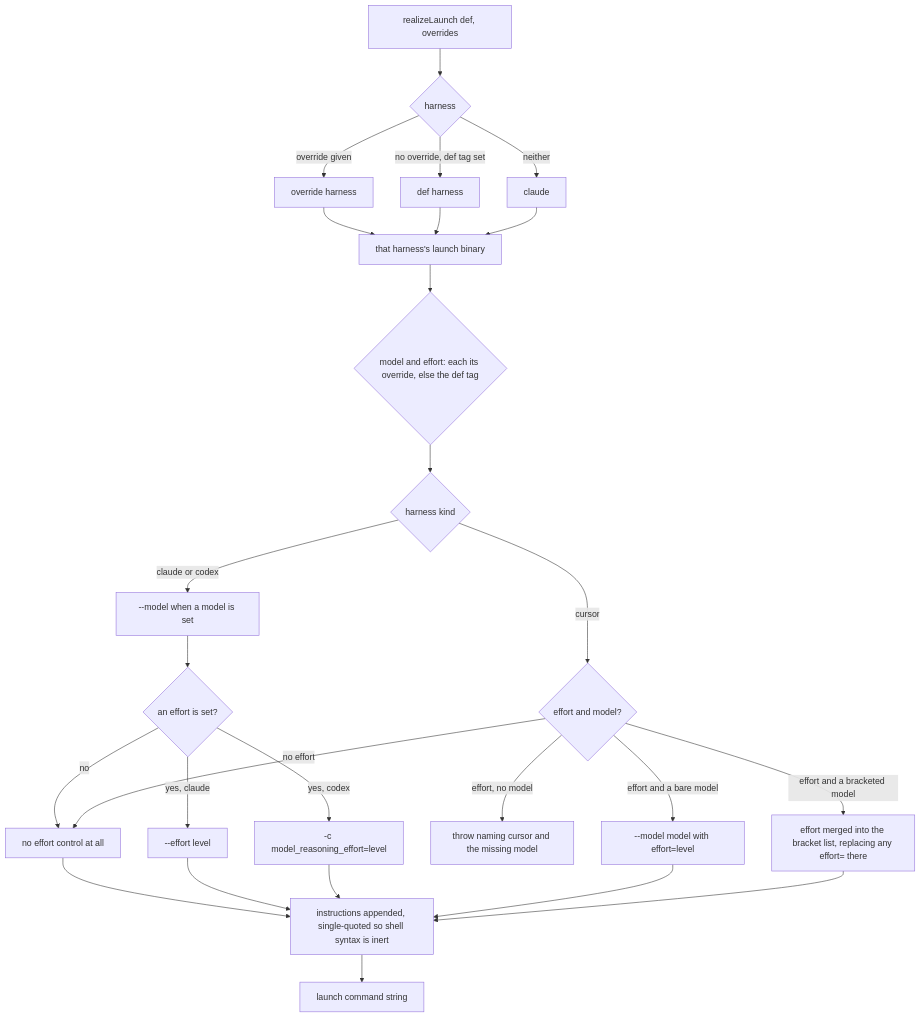
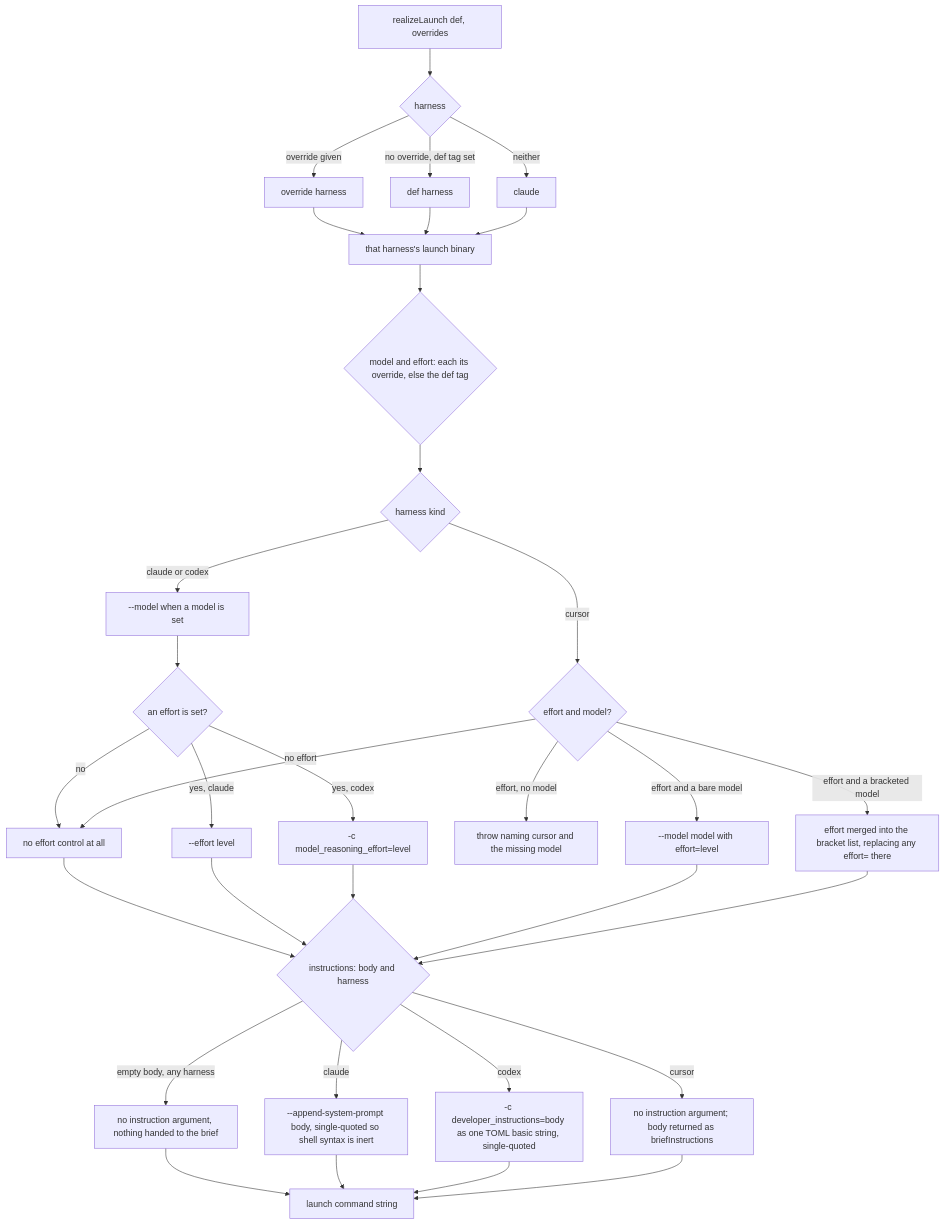
The third of 4 diagrams in packages/cyberlegion/.agents/spec/agent/README.md (cyberuni/cyberlegion), drawn with Mermaid before and after one commit. The commit also changed other lines of this file and 15 other files, not shown here.

First line of the commit message:
fix: carry an agent def's instructions through each harness's own channel (#51)

````diff
--- a/packages/cyberlegion/.agents/spec/agent/README.md
+++ b/packages/cyberlegion/.agents/spec/agent/README.md
@@ -149,28 +166,35 @@
 ```mermaid
 graph TD
   REALIZE[realizeLaunch def, overrides] --> HARNESS{harness}
   HARNESS -->|override given| OVH[override harness]
   HARNESS -->|no override, def tag set| DEFH[def harness]
   HARNESS -->|neither| DEFAULT[claude]
   OVH --> BINARY[that harness's launch binary]
   DEFH --> BINARY
   DEFAULT --> BINARY
   BINARY --> MODEL{model and effort: each its override, else the def tag}
   MODEL --> KIND{harness kind}
   KIND -->|claude or codex| FLAGMODEL[--model when a model is set]
   FLAGMODEL --> EFFORT{an effort is set?}
   EFFORT -->|no| NOEFFORT[no effort control at all]
   EFFORT -->|yes, claude| CLAUDE[--effort level]
   EFFORT -->|yes, codex| CODEX[-c model_reasoning_effort=level]
   KIND -->|cursor| CURSOR{effort and model?}
   CURSOR -->|effort, no model| REFUSE[throw naming cursor and the missing model]
   CURSOR -->|no effort| NOEFFORT
   CURSOR -->|effort and a bare model| BRACKET[--model model with effort=level]
   CURSOR -->|effort and a bracketed model| MERGE[effort merged into the bracket list, replacing any effort= there]
-  NOEFFORT --> INSTR[instructions appended, single-quoted so shell syntax is inert]
+  NOEFFORT --> INSTR{instructions: body and harness}
   CLAUDE --> INSTR
   CODEX --> INSTR
   BRACKET --> INSTR
   MERGE --> INSTR
-  INSTR --> COMMAND[launch command string]
+  INSTR -->|empty body, any harness| NOINSTR[no instruction argument, nothing handed to the brief]
+  INSTR -->|claude| APPEND[--append-system-prompt body, single-quoted so shell syntax is inert]
+  INSTR -->|codex| DEVINSTR[-c developer_instructions=body as one TOML basic string, single-quoted]
+  INSTR -->|cursor| TOBRIEF[no instruction argument; body returned as briefInstructions]
+  NOINSTR --> COMMAND[launch command string]
+  APPEND --> COMMAND
+  DEVINSTR --> COMMAND
+  TOBRIEF --> COMMAND
 ```
````
